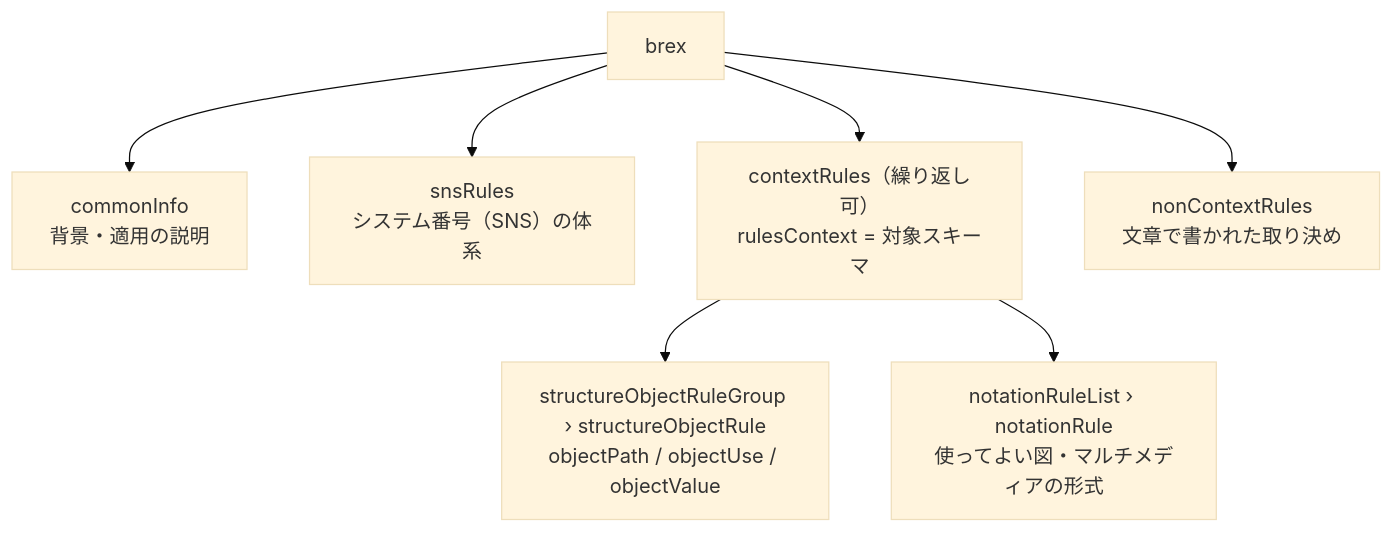
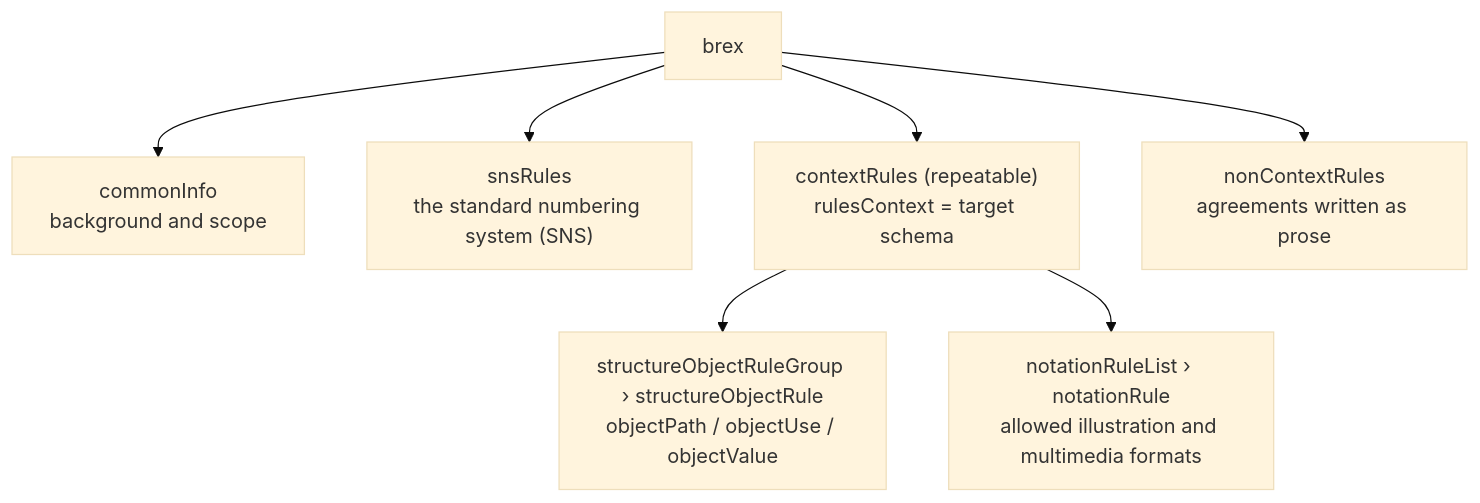
Before and after one commit to shuji-bonji/s1000d-stack: the first of 2 diagrams in site/src/content/docs/guide/brex.md, drawn with Mermaid (base theme). The commit also changed other lines of this file and 35 other files, not shown here.

````diff
--- a/site/src/content/docs/guide/brex.md
+++ b/site/src/content/docs/guide/brex.md
@@ -12,9 +12,9 @@
 ```mermaid
 flowchart TB
-  B["brex"] --> CI["commonInfo<br/>背景・適用の説明"]
-  B --> SNS["snsRules<br/>システム番号（SNS）の体系"]
-  B --> CR["contextRules（繰り返し可）<br/>rulesContext = 対象スキーマ"]
-  B --> NC["nonContextRules<br/>文章で書かれた取り決め"]
+  B["brex"] --> CI["commonInfo<br/>background and scope"]
+  B --> SNS["snsRules<br/>the standard numbering system (SNS)"]
+  B --> CR["contextRules (repeatable)<br/>rulesContext = target schema"]
+  B --> NC["nonContextRules<br/>agreements written as prose"]
   CR --> SR["structureObjectRuleGroup › structureObjectRule<br/>objectPath / objectUse / objectValue"]
-  CR --> NR["notationRuleList › notationRule<br/>使ってよい図・マルチメディアの形式"]
+  CR --> NR["notationRuleList › notationRule<br/>allowed illustration and multimedia formats"]
 ```
````
